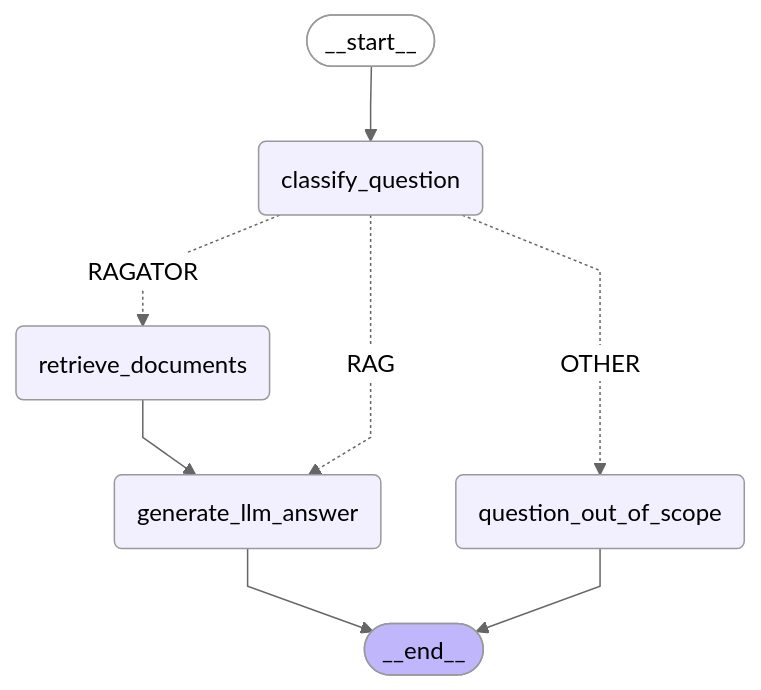
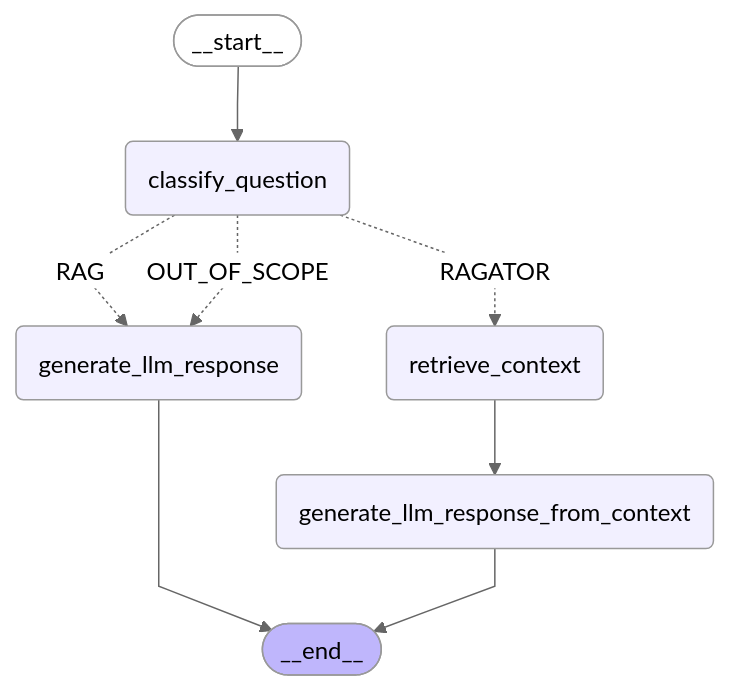
One commit to gabguerin/ragator-v2 changed the diagram in README.md. Above: the diagram before and after it, drawn with Mermaid (neutral theme). The commit also changed other lines of this file and 21 other files, not shown here.

Commit message:
Update ragator RAG

````diff
--- a/README.md
+++ b/README.md
@@ -7,25 +7,25 @@
 ```mermaid
 ---
 config:
   flowchart:
     curve: linear
 ---
 graph TD;
 	__start__([<p>__start__</p>]):::first
 	classify_question(classify_question)
-	question_out_of_scope(question_out_of_scope)
-	retrieve_documents(retrieve_documents)
-	generate_llm_answer(generate_llm_answer)
+	generate_llm_response_from_context(generate_llm_response_from_context)
+	retrieve_context(retrieve_context)
+	generate_llm_response(generate_llm_response)
 	__end__([<p>__end__</p>]):::last
 	__start__ --> classify_question;
-	generate_llm_answer --> __end__;
-	question_out_of_scope --> __end__;
-	retrieve_documents --> generate_llm_answer;
-	classify_question -. &nbsp;RAGATOR&nbsp; .-> retrieve_documents;
-	classify_question -. &nbsp;RAG&nbsp; .-> generate_llm_answer;
-	classify_question -. &nbsp;OTHER&nbsp; .-> question_out_of_scope;
+	generate_llm_response --> __end__;
+	generate_llm_response_from_context --> __end__;
+	retrieve_context --> generate_llm_response_from_context;
+	classify_question -. &nbsp;RAGATOR&nbsp; .-> retrieve_context;
+	classify_question -. &nbsp;RAG&nbsp; .-> generate_llm_response;
+	classify_question -. &nbsp;OUT_OF_SCOPE&nbsp; .-> generate_llm_response;
 	classDef default fill:#f2f0ff,line-height:1.2
 	classDef first fill-opacity:0
 	classDef last fill:#bfb6fc
 
 ```
````
